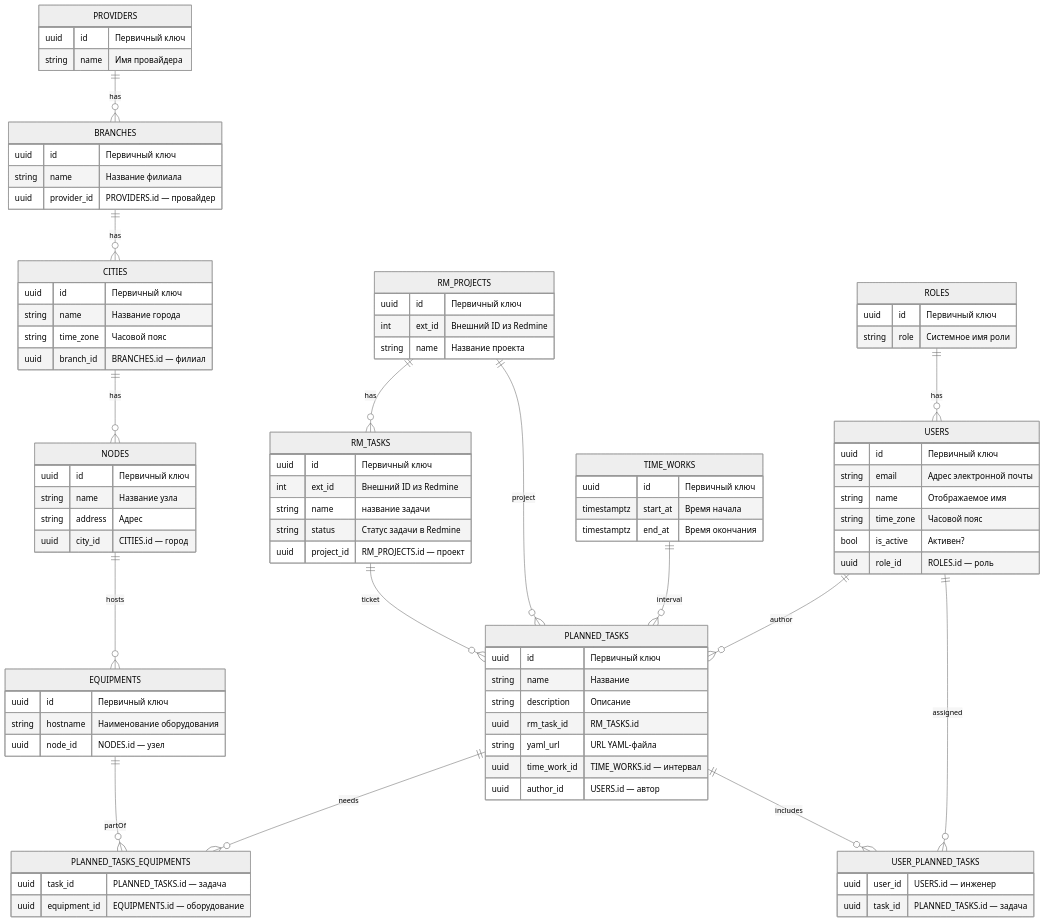
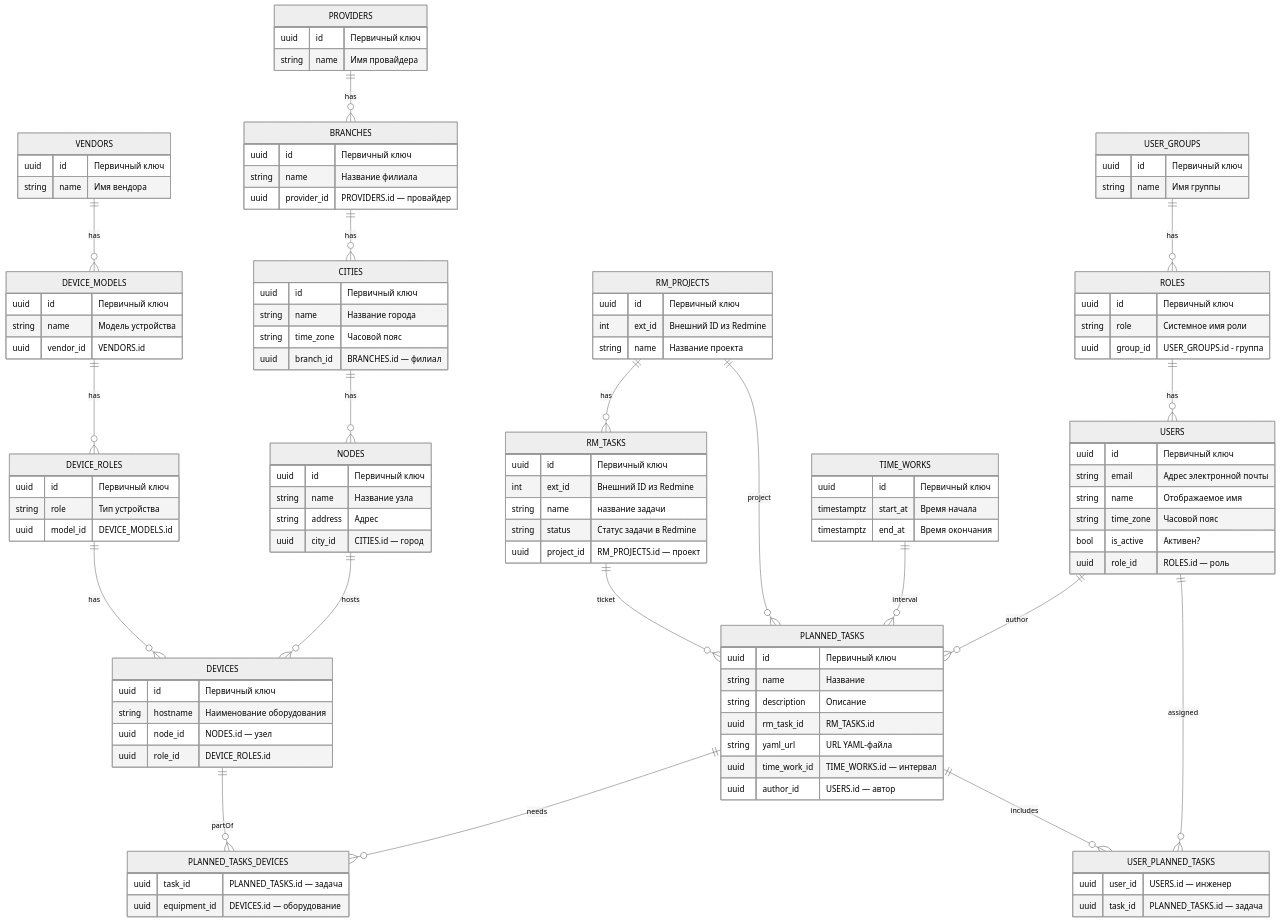
The diagram in project-schemas/hasuraScheme.md (yushachkov01/new_ntPlanner), drawn with Mermaid (neutral theme) before and after one commit.

Commit message:
Поправил схему hasura с учетом всех замечаний

````diff
--- a/project-schemas/hasuraScheme.md
+++ b/project-schemas/hasuraScheme.md
@@ -40,16 +40,40 @@
         string address   "Адрес"
         uuid   city_id   "CITIES.id — город"
     }
+    VENDORS {
+        uuid   id      "Первичный ключ"
+        string name    "Имя вендора"
+    }
 
-    EQUIPMENTS {
+    DEVICE_MODELS {
+        uuid   id        "Первичный ключ"
+        string name      "Модель устройства"
+        uuid   vendor_id " VENDORS.id"
+    }
+
+    DEVICE_ROLES {
+        uuid   id    "Первичный ключ"
+        string role  "Тип устройства"
+        uuid   model_id " DEVICE_MODELS.id"
+    }
+
+    DEVICES {
         uuid   id        "Первичный ключ"
         string hostname  "Наименование оборудования"
         uuid   node_id   "NODES.id — узел"
+        uuid   role_id    "DEVICE_ROLES.id"
+
+    }
+
+    USER_GROUPS {
+        uuid   id       "Первичный ключ"
+        string name     "Имя группы"
     }
 
     ROLES {
         uuid   id    "Первичный ключ"
         string role  "Системное имя роли"
+        uuid   group_id  "USER_GROUPS.id - группа"
     }
 
     USERS {
@@ -82,29 +106,32 @@
         uuid task_id "PLANNED_TASKS.id — задача"
     }
 
-    PLANNED_TASKS_EQUIPMENTS {
+    PLANNED_TASKS_DEVICES {
         uuid task_id      "PLANNED_TASKS.id — задача"
-        uuid equipment_id "EQUIPMENTS.id — оборудование"
+        uuid equipment_id "DEVICES.id — оборудование"
     }
 
     PROVIDERS     ||--o{ BRANCHES      : has
     BRANCHES      ||--o{ CITIES        : has
     CITIES        ||--o{ NODES         : has
-    NODES         ||--o{ EQUIPMENTS    : hosts
+    NODES         ||--o{ DEVICES    : hosts
 
     ROLES         ||--o{ USERS         : has
     USERS         ||--o{ PLANNED_TASKS : author
 
-    TIME_WORKS ||--o{ PLANNED_TASKS    : interval
+    TIME_WORKS    ||--o{ PLANNED_TASKS    : interval
 
     USERS         ||--o{ USER_PLANNED_TASKS       : assigned
     PLANNED_TASKS ||--o{ USER_PLANNED_TASKS       : includes
 
-    PLANNED_TASKS ||--o{ PLANNED_TASKS_EQUIPMENTS : needs
-    EQUIPMENTS    ||--o{ PLANNED_TASKS_EQUIPMENTS : partOf
+    PLANNED_TASKS ||--o{ PLANNED_TASKS_DEVICES: needs
+    DEVICES       ||--o{ PLANNED_TASKS_DEVICES: partOf
 
     RM_PROJECTS   ||--o{ RM_TASKS      : has
     RM_PROJECTS   ||--o{ PLANNED_TASKS : project
     RM_TASKS      ||--o{ PLANNED_TASKS : ticket
-
+    USER_GROUPS   ||--o{ ROLES : has
+    VENDORS       ||--o{ DEVICE_MODELS : has
+    DEVICE_MODELS ||--o{ DEVICE_ROLES : has
+    DEVICE_ROLES ||--o{ DEVICES : has
 ```
````
